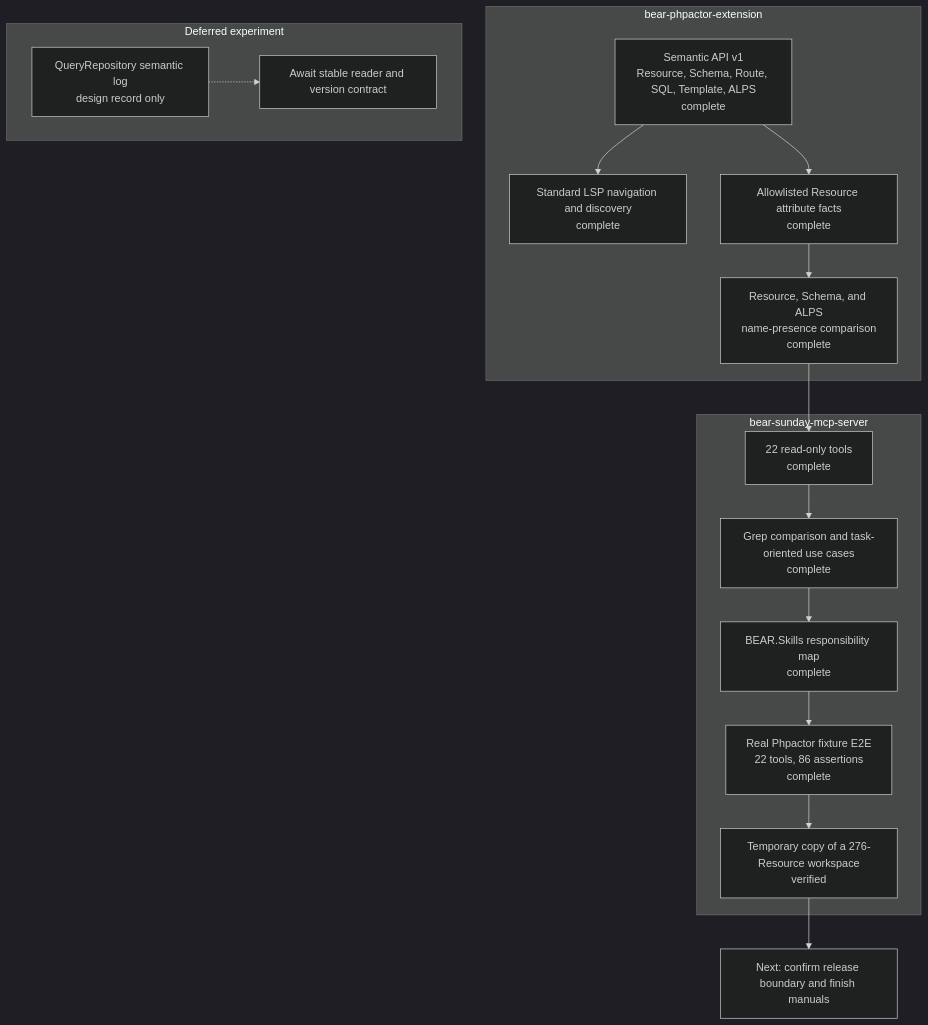
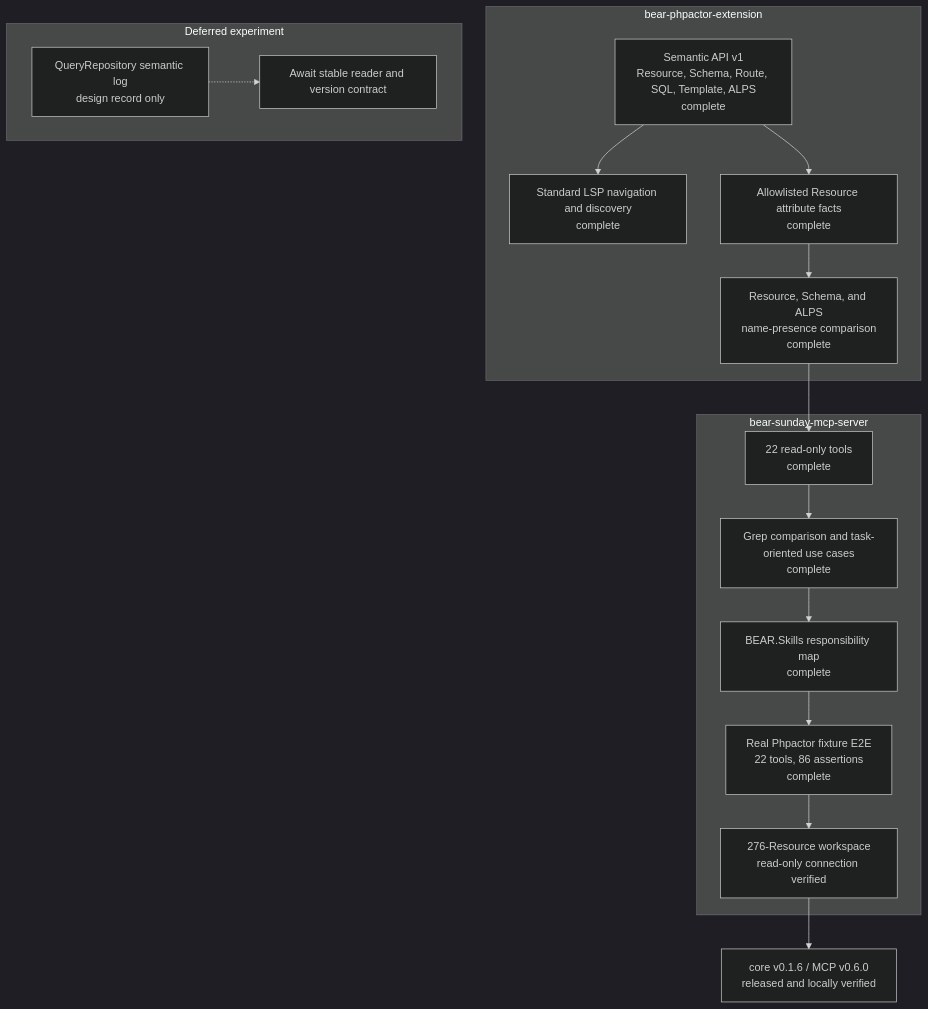
Before and after one commit to suzumaze/bear-sunday-mcp-server: the diagram in docs/project-status.md, drawn with Mermaid (dark theme). The commit also changed other lines of this file and 5 other files, not shown here.

````diff
--- a/docs/project-status.md
+++ b/docs/project-status.md
@@ -6,30 +9,30 @@
 ```mermaid
 flowchart TB
     subgraph Core["bear-phpactor-extension"]
         C1["Semantic API v1<br/>Resource, Schema, Route, SQL, Template, ALPS<br/>complete"]
         C2["Standard LSP navigation and discovery<br/>complete"]
         C3["Allowlisted Resource attribute facts<br/>complete"]
         C4["Resource, Schema, and ALPS<br/>name-presence comparison<br/>complete"]
         C1 --> C2
         C1 --> C3 --> C4
     end
 
     subgraph MCP["bear-sunday-mcp-server"]
         M1["22 read-only tools<br/>complete"]
         M2["Grep comparison and task-oriented use cases<br/>complete"]
         M3["BEAR.Skills responsibility map<br/>complete"]
         M4["Real Phpactor fixture E2E<br/>22 tools, 86 assertions<br/>complete"]
-        M5["Temporary copy of a 276-Resource workspace<br/>verified"]
+        M5["276-Resource workspace<br/>read-only connection verified"]
         M1 --> M2 --> M3 --> M4 --> M5
     end
 
     C4 --> M1
 
     subgraph Deferred["Deferred experiment"]
         D1["QueryRepository semantic log<br/>design record only"]
         D2["Await stable reader and version contract"]
         D1 -.-> D2
     end
 
-    M5 --> R1["Next: confirm release boundary and finish manuals"]
+    M5 --> R1["core v0.1.6 / MCP v0.6.0<br/>released and locally verified"]
 ```
````
